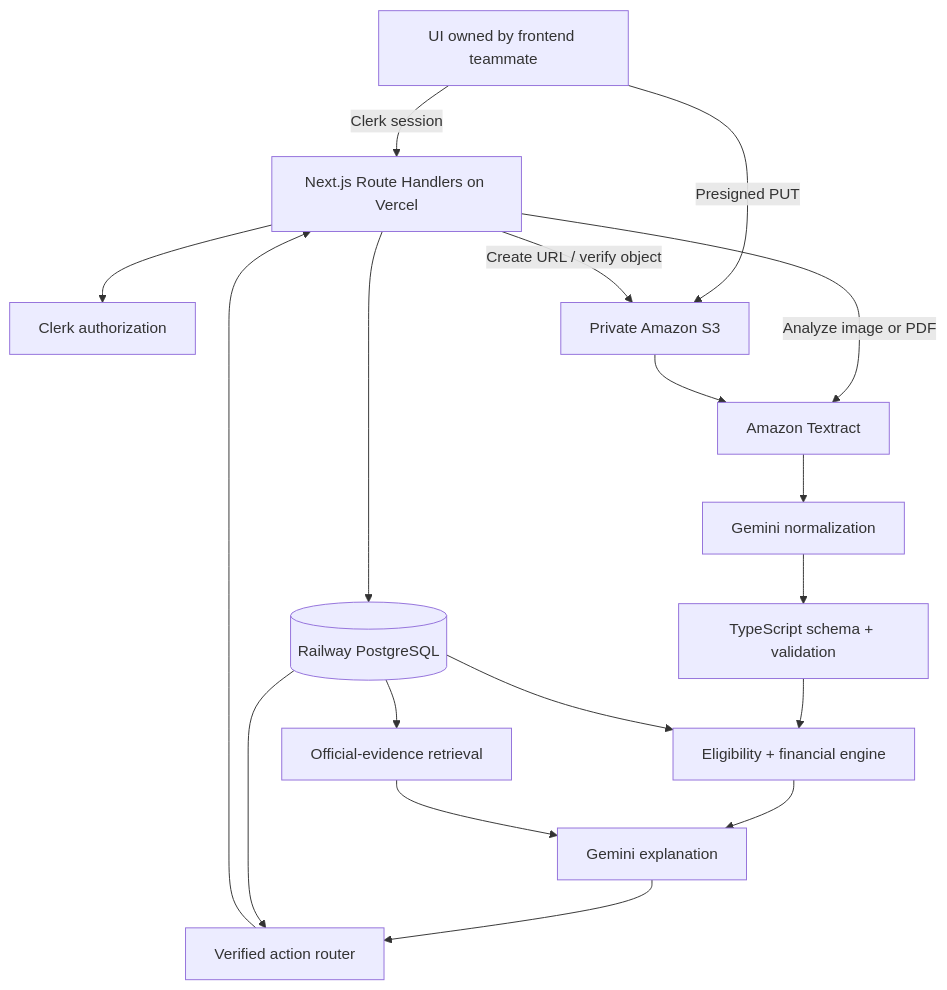
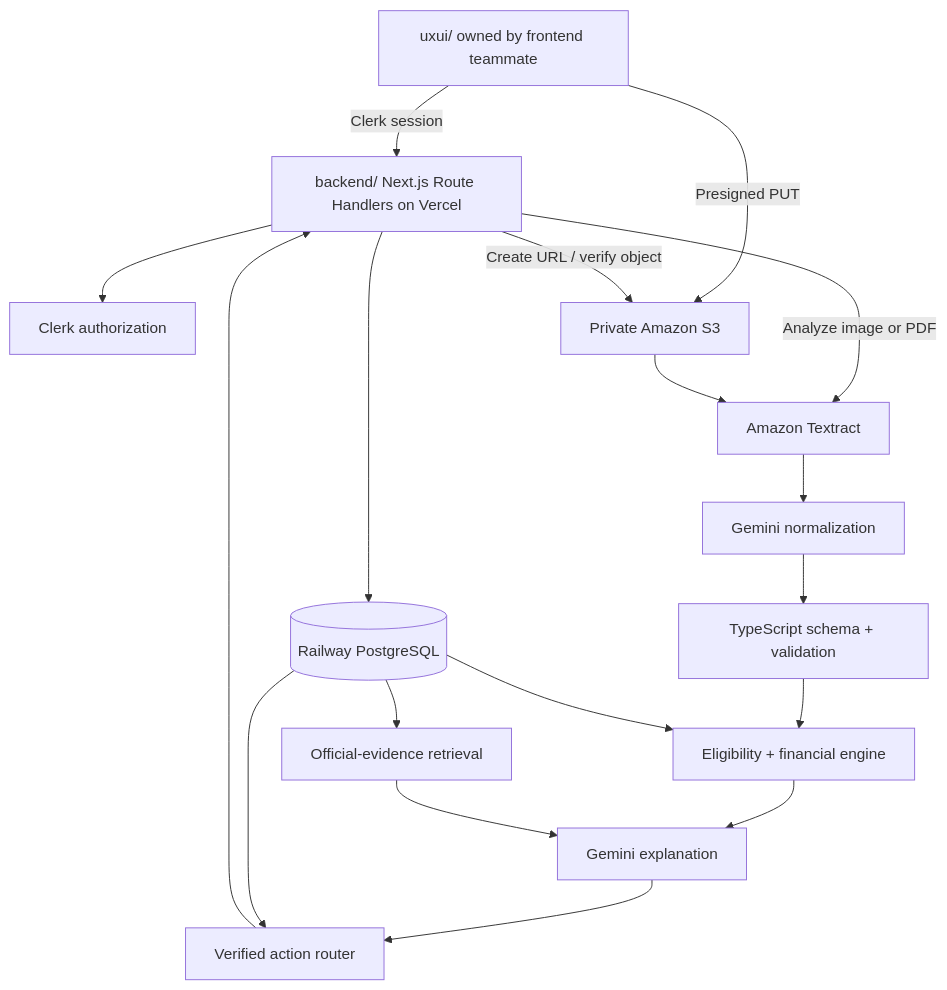
The diagram in docs/PRD.md (naik26m3/centennialhacks2026), drawn with Mermaid before and after one commit. The commit also changed other lines of this file and 3 other files, not shown here.

Commit message:
docs: isolate backend from frontend workspace

````diff
--- a/docs/PRD.md
+++ b/docs/PRD.md
@@ -109,22 +110,22 @@
 ```mermaid
 flowchart TB
-    CLIENT["UI owned by frontend teammate"] -->|Clerk session| API["Next.js Route Handlers on Vercel"]
+    CLIENT["uxui/ owned by frontend teammate"] -->|Clerk session| API["backend/ Next.js Route Handlers on Vercel"]
     API --> AUTH["Clerk authorization"]
     API --> DB[("Railway PostgreSQL")]
 
     CLIENT -->|Presigned PUT| S3["Private Amazon S3"]
     API -->|Create URL / verify object| S3
     API -->|Analyze image or PDF| TEXTRACT["Amazon Textract"]
     S3 --> TEXTRACT
     TEXTRACT --> NORMALIZE["Gemini normalization"]
     NORMALIZE --> VALIDATE["TypeScript schema + validation"]
 
     VALIDATE --> RULES["Eligibility + financial engine"]
     DB --> RULES
     DB --> RETRIEVE["Official-evidence retrieval"]
     RULES --> EXPLAIN["Gemini explanation"]
     RETRIEVE --> EXPLAIN
     EXPLAIN --> ROUTER["Verified action router"]
     DB --> ROUTER
     ROUTER --> API
 ```
````
